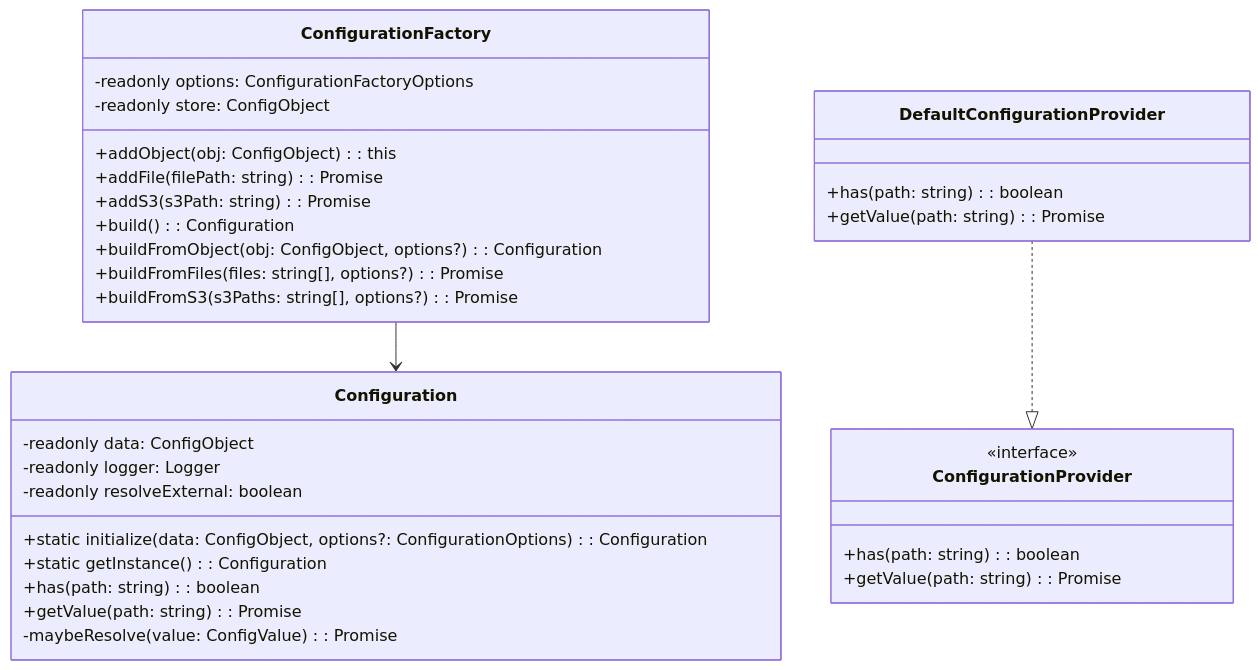
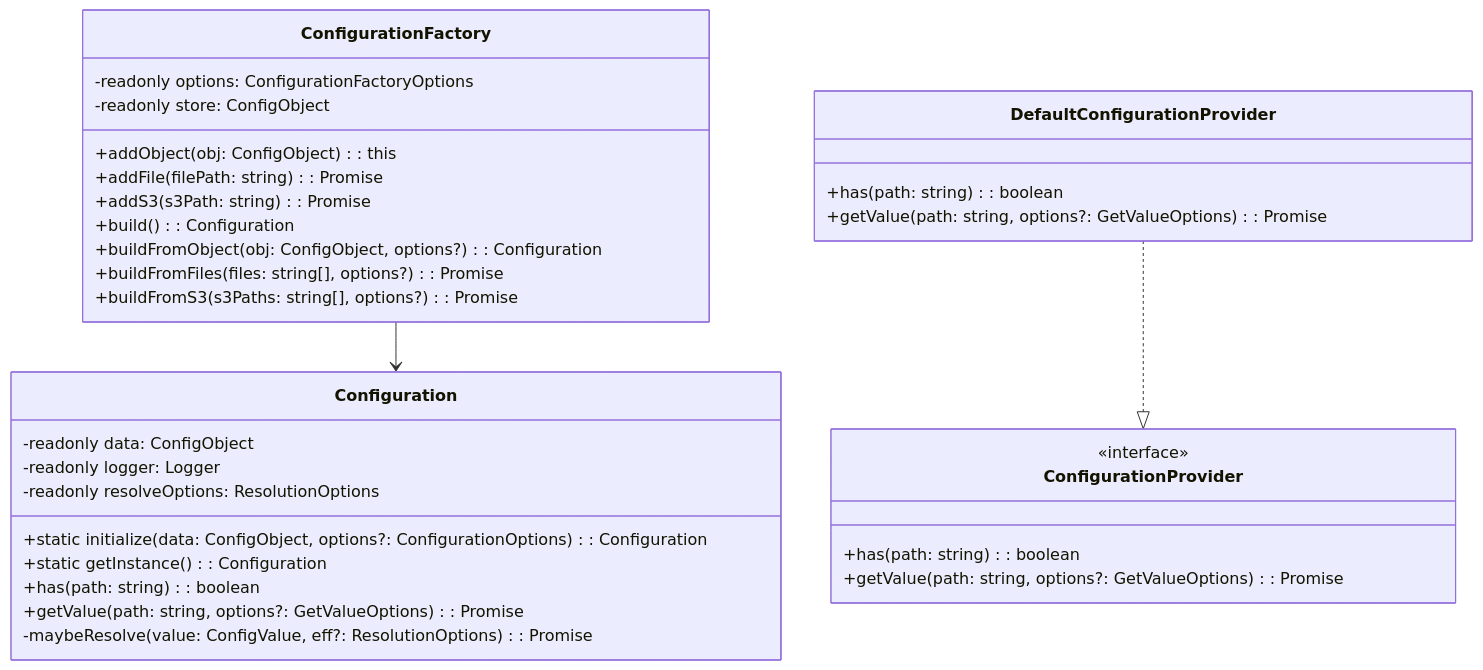
Before and after one commit to fabianopinto/ts-common: the first of 3 diagrams in packages/config/README.md, drawn with Mermaid. The commit also changed other lines of this file, not shown here.

Commit message:
feat: add per-call resolution options and SSM decryption control

````diff
--- a/packages/config/README.md
+++ b/packages/config/README.md
@@ -211,39 +219,39 @@
 ```mermaid
 classDiagram
   class Configuration {
     -readonly data: ConfigObject
     -readonly logger: Logger
-    -readonly resolveExternal: boolean
+    -readonly resolveOptions: ResolutionOptions
     +static initialize(data: ConfigObject, options?: ConfigurationOptions): Configuration
     +static getInstance(): Configuration
     +has(path: string): boolean
-    +getValue(path: string): Promise<unknown | undefined>
-    -maybeResolve(value: ConfigValue): Promise<ConfigValue>
+    +getValue(path: string, options?: GetValueOptions): Promise<unknown | undefined>
+    -maybeResolve(value: ConfigValue, eff?: ResolutionOptions): Promise<ConfigValue>
   }
 
   class ConfigurationFactory {
     -readonly options: ConfigurationFactoryOptions
     -readonly store: ConfigObject
     +addObject(obj: ConfigObject): this
     +addFile(filePath: string): Promise<this>
     +addS3(s3Path: string): Promise<this>
     +build(): Configuration
     +buildFromObject(obj: ConfigObject, options?): Configuration
     +buildFromFiles(files: string[], options?): Promise<Configuration>
     +buildFromS3(s3Paths: string[], options?): Promise<Configuration>
   }
 
   class ConfigurationProvider {
     <<interface>>
     +has(path: string): boolean
-    +getValue(path: string): Promise<unknown | undefined>
+    +getValue(path: string, options?: GetValueOptions): Promise<unknown | undefined>
   }
 
   class DefaultConfigurationProvider {
     +has(path: string): boolean
-    +getValue(path: string): Promise<unknown | undefined>
+    +getValue(path: string, options?: GetValueOptions): Promise<unknown | undefined>
   }
 
   ConfigurationFactory --> Configuration
   DefaultConfigurationProvider ..|> ConfigurationProvider
 ```
````
